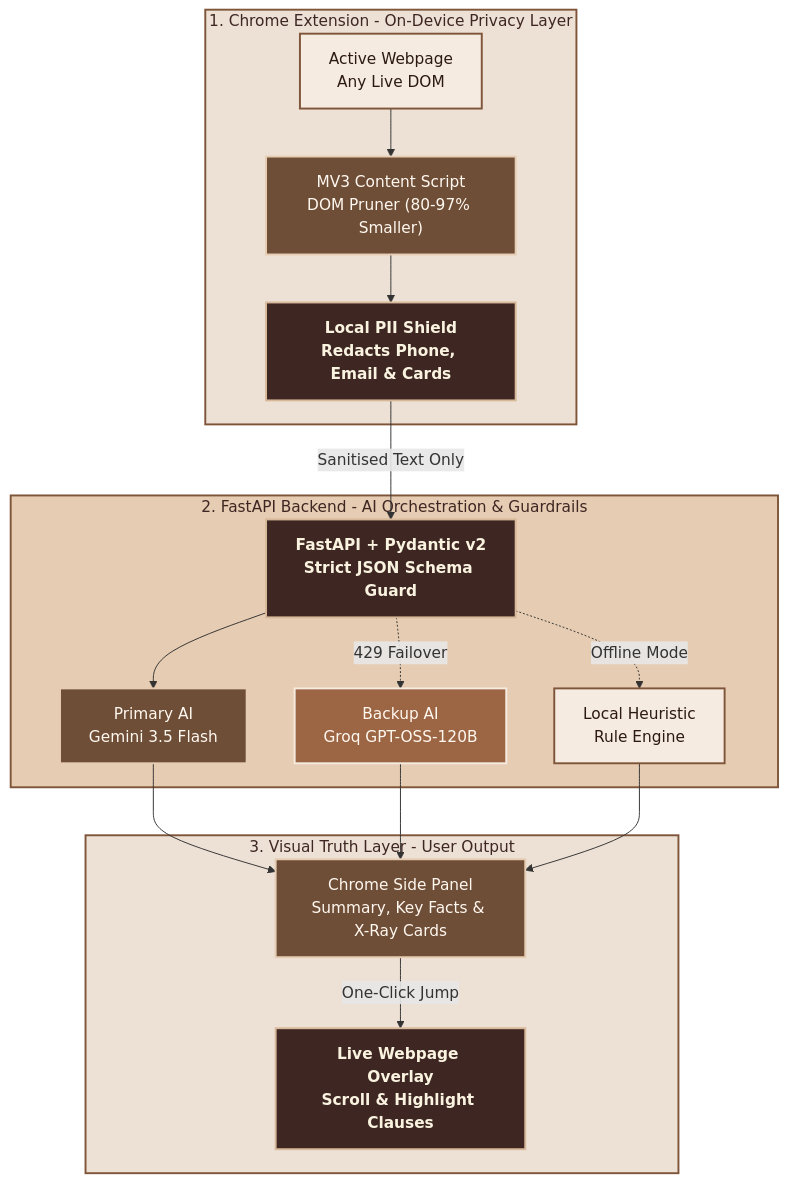
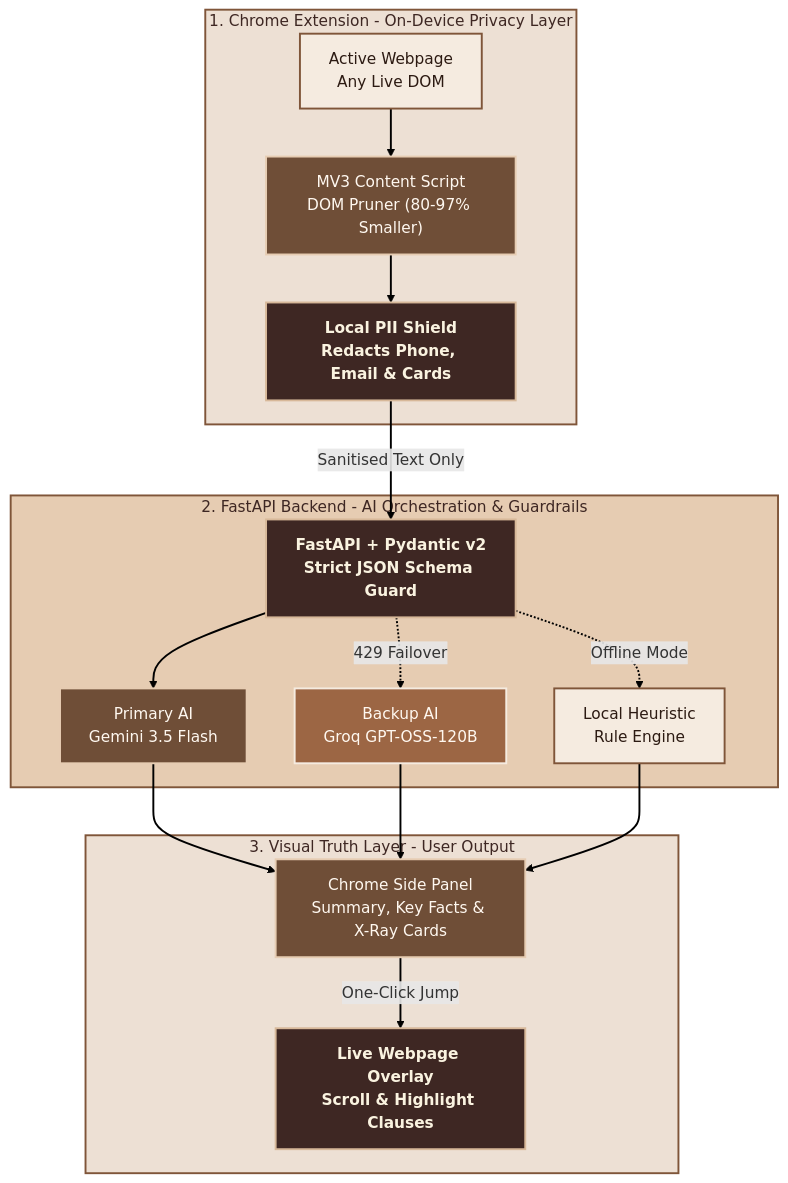
Before and after one commit to samios07/GlassWeb: the diagram in README.md, drawn with Mermaid.

Commit message:
Set Mermaid diagram connector lines to black

````diff
--- a/README.md
+++ b/README.md
@@ -46,36 +46,37 @@
 ```mermaid
 flowchart TB
     subgraph CLIENT["1. Chrome Extension - On-Device Privacy Layer"]
         A["Active Webpage<br/>Any Live DOM"] --> B["MV3 Content Script<br/>DOM Pruner (80-97% Smaller)"]
         B --> C["Local PII Shield<br/>Redacts Phone, Email & Cards"]
     end
 
     subgraph SERVER["2. FastAPI Backend - AI Orchestration & Guardrails"]
         D["FastAPI + Pydantic v2<br/>Strict JSON Schema Guard"] --> E["Primary AI<br/>Gemini 3.5 Flash"]
         D -.->|"429 Failover"| F["Backup AI<br/>Groq GPT-OSS-120B"]
         D -.->|"Offline Mode"| G["Local Heuristic<br/>Rule Engine"]
     end
 
     subgraph OUTPUT["3. Visual Truth Layer - User Output"]
         H["Chrome Side Panel<br/>Summary, Key Facts & X-Ray Cards"] -->|"One-Click Jump"| I["Live Webpage Overlay<br/>Scroll & Highlight Clauses"]
     end
 
     C -->|"Sanitised Text Only"| D
     E --> H
     F --> H
     G --> H
 
     classDef espresso fill:#3E2723,stroke:#D7B899,stroke-width:2px,color:#FAF3E0,font-weight:bold
     classDef mocha fill:#6F4E37,stroke:#E6CCB2,stroke-width:2px,color:#FFF8F0
     classDef caramel fill:#9C6644,stroke:#F5EBE0,stroke-width:2px,color:#FFF8F0
     classDef beige fill:#F5EBE0,stroke:#7F5539,stroke-width:2px,color:#2C1A12
 
     class C,D,I espresso
     class B,E,H mocha
     class F caramel
     class A,G beige
 
     style CLIENT fill:#EDE0D4,stroke:#7F5539,stroke-width:2px,color:#3E2723
     style SERVER fill:#E6CCB2,stroke:#7F5539,stroke-width:2px,color:#3E2723
     style OUTPUT fill:#EDE0D4,stroke:#7F5539,stroke-width:2px,color:#3E2723
+    linkStyle default stroke:#000000,stroke-width:2px
 ```
````
